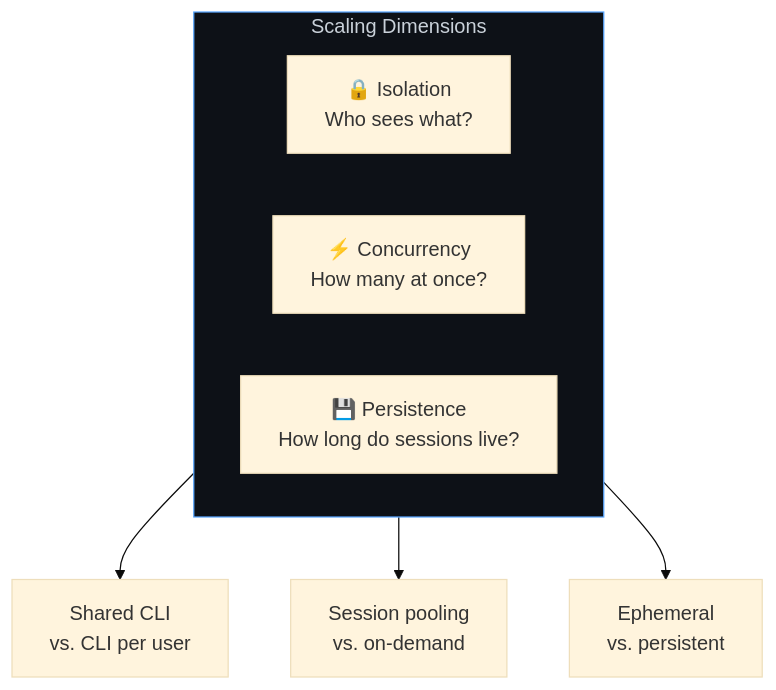
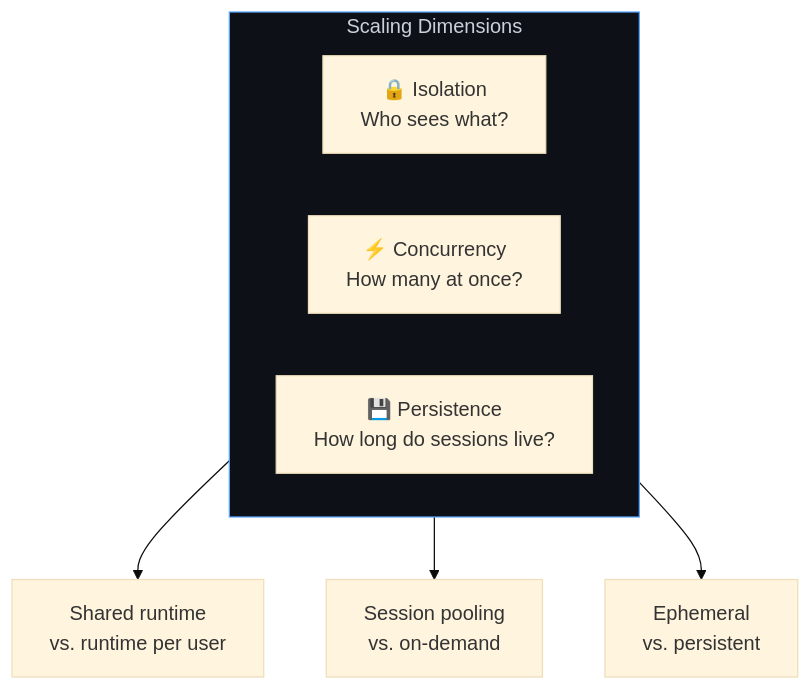
The first of 10 diagrams in docs/setup/scaling.md (jeremiahjordanisaacson/copilot-sdk-supercharged), drawn with Mermaid (base theme) before and after one commit. The commit also changed other lines of this file and 35 other files, not shown here.

````diff
--- a/docs/setup/scaling.md
+++ b/docs/setup/scaling.md
@@ -13,15 +13,15 @@
 ```mermaid
 flowchart TB
     subgraph Dimensions["Scaling Dimensions"]
         direction LR
         I["🔒 Isolation<br/>Who sees what?"]
         C["⚡ Concurrency<br/>How many at once?"]
         P["💾 Persistence<br/>How long do sessions live?"]
     end
 
-    I --> I1["Shared CLI<br/>vs. CLI per user"]
+    I --> I1["Shared runtime<br/>vs. runtime per user"]
     C --> C1["Session pooling<br/>vs. on-demand"]
     P --> P1["Ephemeral<br/>vs. persistent"]
 
     style Dimensions fill:#0d1117,stroke:#58a6ff,color:#c9d1d9
 ```
````
